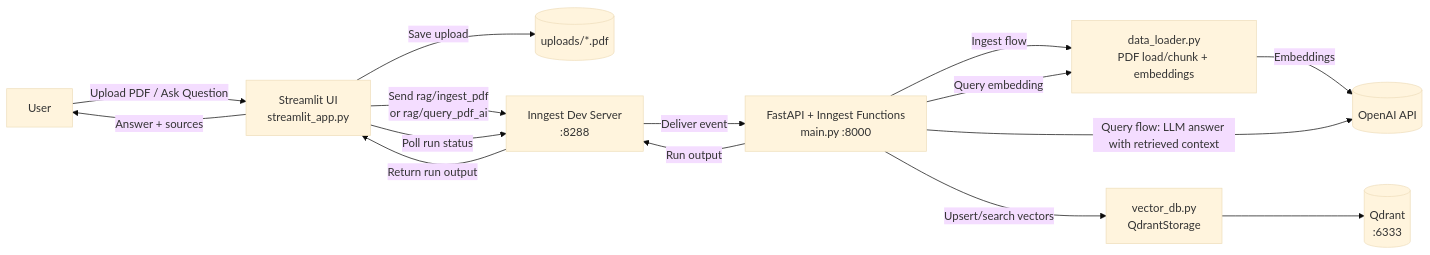
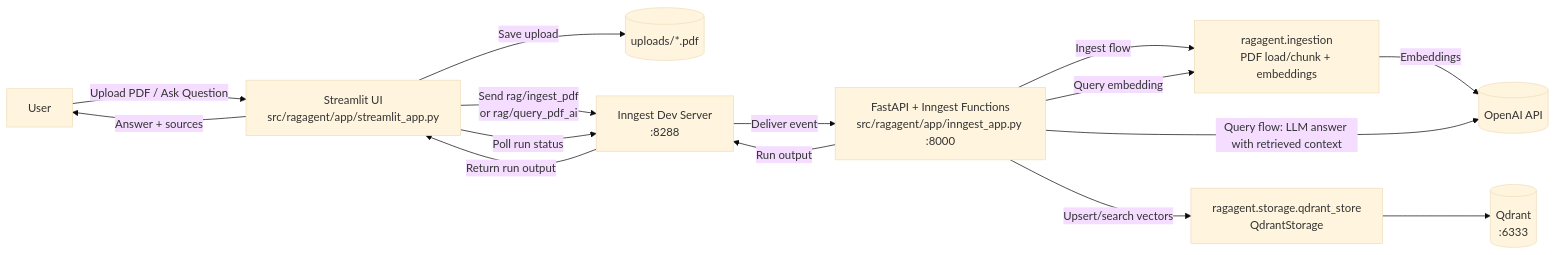
Before and after one commit to mamun39/RAGAgent: the first of 3 diagrams in README.md, drawn with Mermaid (base theme). The commit also changed other lines of this file and 1 other file, not shown here.

````diff
--- a/README.md
+++ b/README.md
@@ -47,29 +50,29 @@
 ```mermaid
 flowchart LR
     U[User]
-    S[Streamlit UI<br/>streamlit_app.py]
+    S[Streamlit UI<br/>src/ragagent/app/streamlit_app.py]
     UP[(uploads/*.pdf)]
     I[Inngest Dev Server<br/>:8288]
-    A[FastAPI + Inngest Functions<br/>main.py :8000]
-    D[data_loader.py<br/>PDF load/chunk + embeddings]
-    Q[vector_db.py<br/>QdrantStorage]
+    A[FastAPI + Inngest Functions<br/>src/ragagent/app/inngest_app.py :8000]
+    D[ragagent.ingestion<br/>PDF load/chunk + embeddings]
+    Q[ragagent.storage.qdrant_store<br/>QdrantStorage]
     V[(Qdrant<br/>:6333)]
     O[(OpenAI API)]
 
     U -->|Upload PDF / Ask Question| S
     S -->|Save upload| UP
     S -->|Send rag/ingest_pdf<br/>or rag/query_pdf_ai| I
     I -->|Deliver event| A
 
     A -->|Ingest flow| D
     A -->|Query embedding| D
     D -->|Embeddings| O
     A -->|Upsert/search vectors| Q
     Q --> V
 
     A -->|Query flow: LLM answer with retrieved context| O
     A -->|Run output| I
     S -->|Poll run status| I
     I -->|Return run output| S
     S -->|Answer + sources| U
 ```
````
